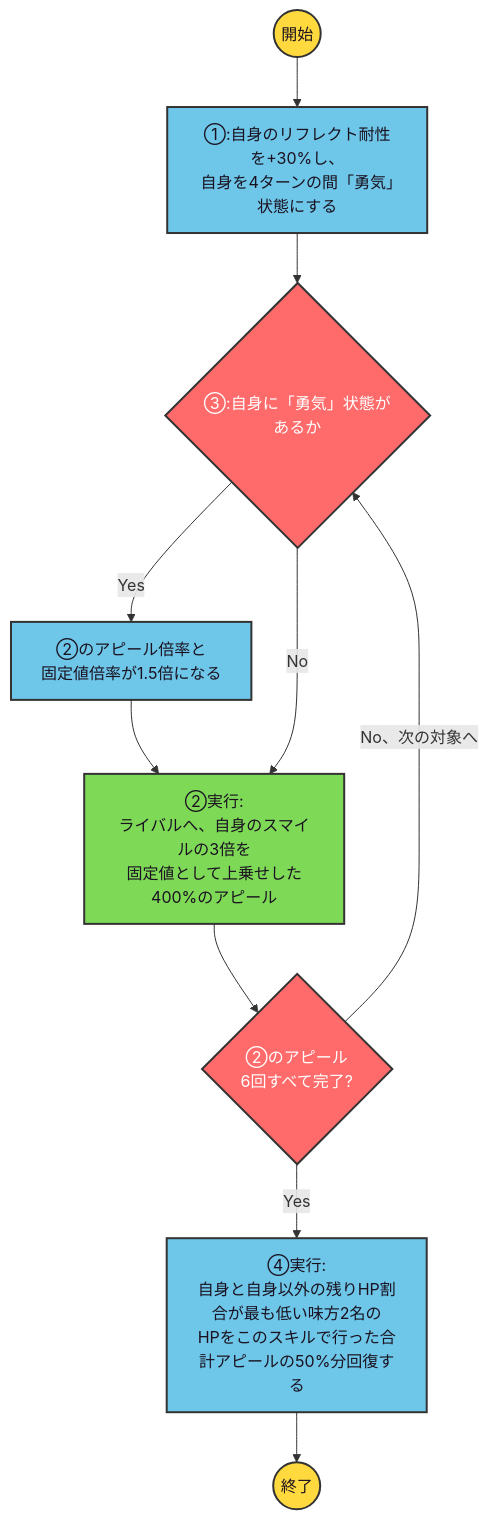
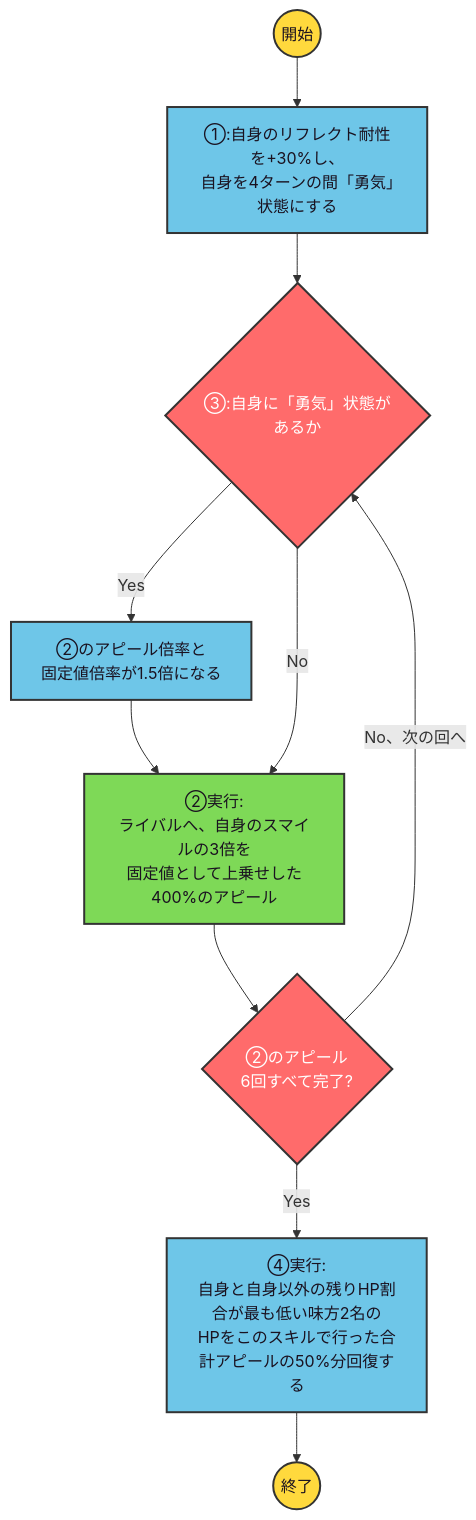
One commit to ryomochi0918/nogifra-characters changed the diagram in data/ichinose_miku/kokoronimonaikoto_skill1.mmd. Above: the diagram before and after it, drawn with Mermaid. The commit also changed 64 other files, not shown here.

```diff
--- a/data/ichinose_miku/kokoronimonaikoto_skill1.mmd
+++ b/data/ichinose_miku/kokoronimonaikoto_skill1.mmd
@@ -1,14 +1,14 @@
 flowchart TD
     classDef startend fill:#FFD93D,stroke:#333,stroke-width:2px,color:#1a1220;
     classDef cond fill:#FF6B6B,stroke:#333,stroke-width:2px,color:#ffffff;
     classDef effect fill:#6EC6E8,stroke:#333,stroke-width:2px,color:#1a1220;
     classDef action fill:#7ED957,stroke:#333,stroke-width:2px,color:#1a1220;
 
     start(("開始")):::startend --> e1["①:自身のリフレクト耐性を+30%し、<br/>自身を4ターンの間「勇気」状態にする"]:::effect
     e1 --> c3{"③:自身に「勇気」状態が<br/>あるか"}:::cond
     c3 -->|"Yes"| e3["②のアピール倍率と<br/>固定値倍率が1.5倍になる"]:::effect --> a2
     c3 -->|"No"| a2["②実行:<br/>ライバルへ、自身のスマイルの3倍を<br/>固定値として上乗せした400%のアピール"]:::action
     a2 --> lc{"②のアピール<br/>6回すべて完了?"}:::cond
-    lc -->|"No、次の対象へ"| c3
+    lc -->|"No、次の回へ"| c3
     lc -->|"Yes"| e4["④実行:<br/>自身と自身以外の残りHP割合が最も低い味方2名の<br/>HPをこのスキルで行った合計アピールの50%分回復する"]:::effect
     e4 --> finish(("終了")):::startend
```
